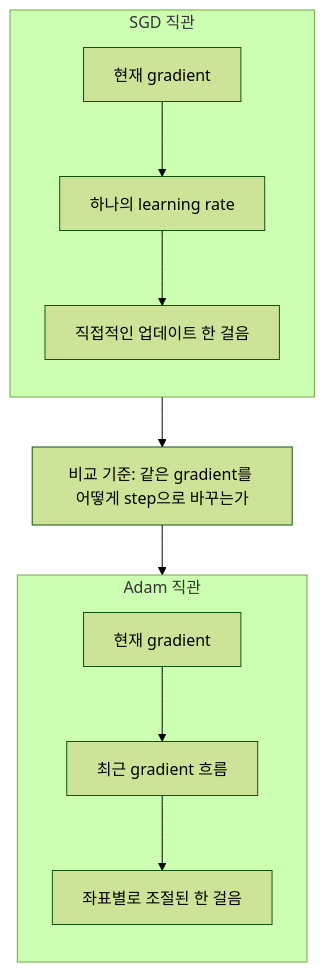
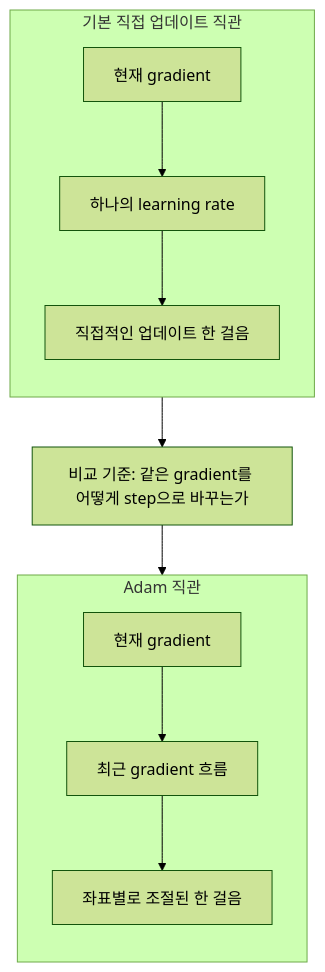
The diagram in docs/assets/part-05/chapter-07/sgd-vs-adam-flow-ko.mmd (devchan64/AiBook), drawn with Mermaid (forest theme) before and after one commit. The commit also changed 376 other files, not shown here.

```diff
--- a/docs/assets/part-05/chapter-07/sgd-vs-adam-flow-ko.mmd
+++ b/docs/assets/part-05/chapter-07/sgd-vs-adam-flow-ko.mmd
@@ -1,16 +1,16 @@
 flowchart TD
-  subgraph SGD["SGD 직관"]
+  subgraph SGD["기본 직접 업데이트 직관"]
     direction TB
     A["현재 gradient"] --> B["하나의 learning rate"]
     B --> C["직접적인 업데이트 한 걸음"]
   end
 
   GAP["비교 기준: 같은 gradient를 어떻게 step으로 바꾸는가"]
 
   subgraph Adam["Adam 직관"]
     direction TB
     D["현재 gradient"] --> E["최근 gradient 흐름"]
     E --> F["좌표별로 조절된 한 걸음"]
   end
 
   SGD --> GAP --> Adam
```
